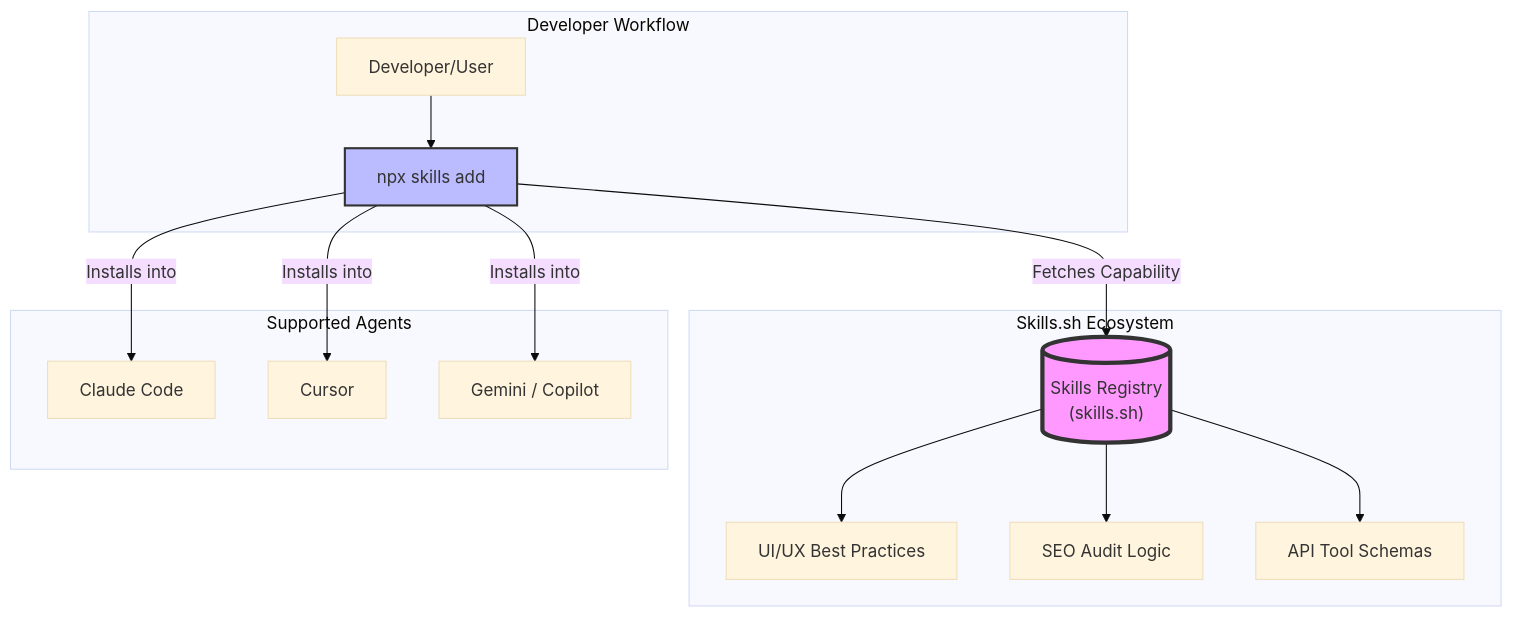
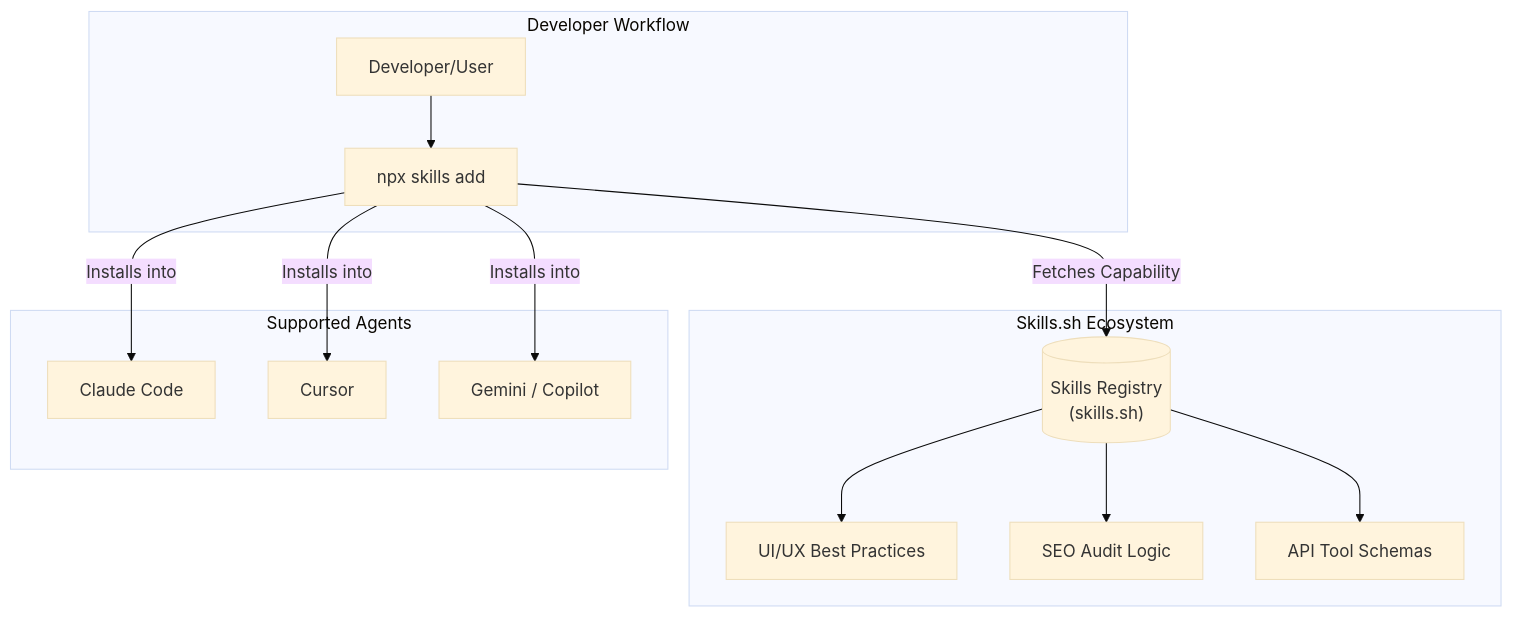
The diagram in docs/Develop-Code/AI-Development/Skills/skills-sh.md (sdelrio/golden-forest), drawn with Mermaid (base theme) before and after one commit. The commit also changed 19 other files, not shown here.

First line of the commit message:
feat(theme): add ink plate mermaid diagrams (#377)

````diff
--- a/docs/Develop-Code/AI-Development/Skills/skills-sh.md
+++ b/docs/Develop-Code/AI-Development/Skills/skills-sh.md
@@ -19,33 +19,32 @@
 ```mermaid
 graph TD
     subgraph "Skills.sh Ecosystem"
         Registry[("Skills Registry<br/>(skills.sh)")]
         Repo1["UI/UX Best Practices"]
         Repo2["SEO Audit Logic"]
         Repo3["API Tool Schemas"]
 
         Registry --> Repo1
         Registry --> Repo2
         Registry --> Repo3
     end
 
     subgraph "Developer Workflow"
         CLI["npx skills add"]
         Dev["Developer/User"]
         Dev --> CLI
         CLI -- "Fetches Capability" --> Registry
     end
 
     subgraph "Supported Agents"
         Agent1["Claude Code"]
         Agent2["Cursor"]
         Agent3["Gemini / Copilot"]
 
         CLI -- "Installs into" --> Agent1
         CLI -- "Installs into" --> Agent2
         CLI -- "Installs into" --> Agent3
     end
 
-    style Registry fill:#f9f,stroke:#333,stroke-width:4px
-    style CLI fill:#bbf,stroke:#333,stroke-width:2px
+    class Registry highlight
 ```
````
